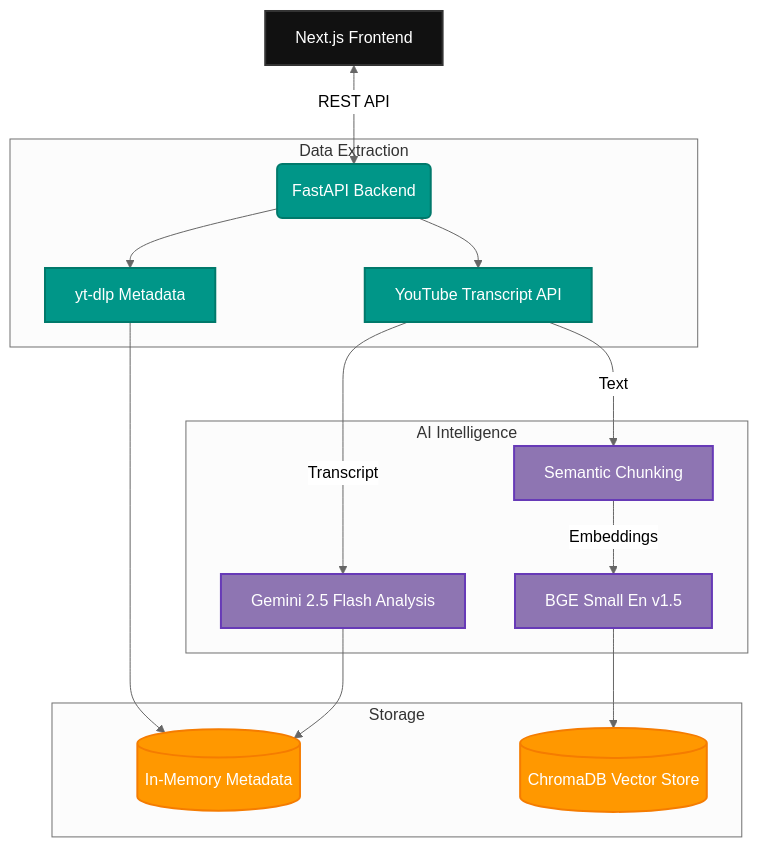
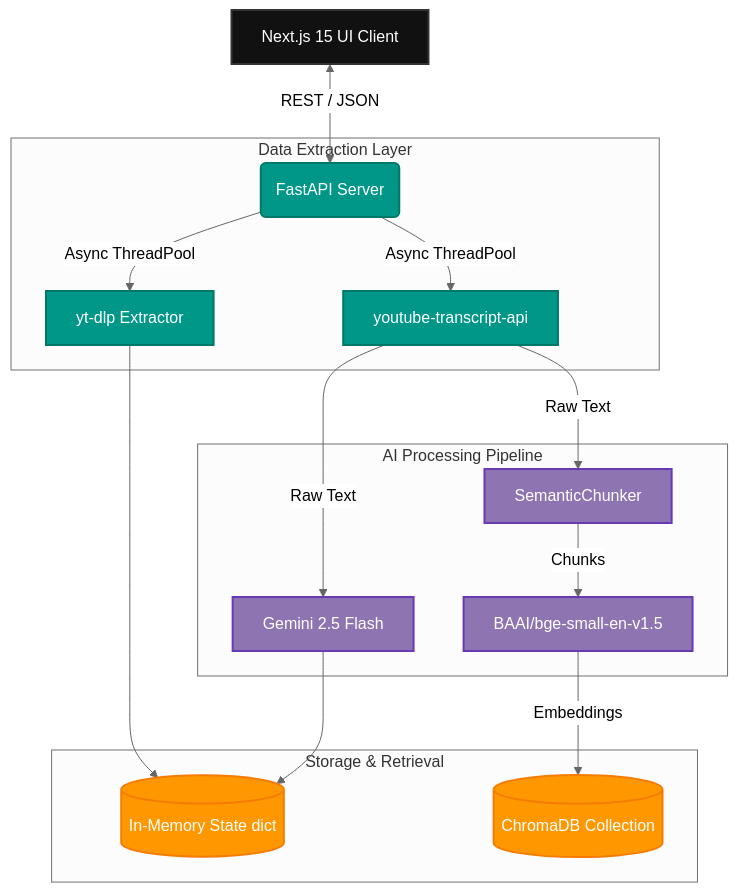
The first of 2 diagrams in README.md (vidhiomar/Agentic-VideoRAG), drawn with Mermaid (neutral theme) before and after one commit. The commit also changed other lines of this file, not shown here.

````diff
--- a/README.md
+++ b/README.md
@@ -45,26 +40,26 @@
 ```mermaid
 graph TD
     classDef frontend fill:#111,stroke:#333,stroke-width:2px,color:#fff
     classDef backend fill:#009688,stroke:#00796B,stroke-width:2px,color:#fff
     classDef ai fill:#8E75B2,stroke:#673AB7,stroke-width:2px,color:#fff
     classDef db fill:#FF9800,stroke:#F57C00,stroke-width:2px,color:#fff
 
-    A[Next.js Frontend]:::frontend <-->|REST API| B(FastAPI Backend):::backend
+    A[Next.js 15 UI Client]:::frontend <-->|REST / JSON| B(FastAPI Server):::backend
     
-    subgraph Data Extraction
-        B --> C[yt-dlp Metadata]:::backend
-        B --> D[YouTube Transcript API]:::backend
+    subgraph Data Extraction Layer
+        B -->|Async ThreadPool| C[yt-dlp Extractor]:::backend
+        B -->|Async ThreadPool| D[youtube-transcript-api]:::backend
     end
     
-    subgraph AI Intelligence
-        D -->|Transcript| E[Gemini 2.5 Flash Analysis]:::ai
-        D -->|Text| F[Semantic Chunking]:::ai
-        F -->|Embeddings| G[BGE Small En v1.5]:::ai
+    subgraph AI Processing Pipeline
+        D -->|Raw Text| E[Gemini 2.5 Flash]:::ai
+        D -->|Raw Text| F[SemanticChunker]:::ai
+        F -->|Chunks| G[BAAI/bge-small-en-v1.5]:::ai
     end
     
-    subgraph Storage
-        C --> H[(In-Memory Metadata)]:::db
+    subgraph Storage & Retrieval
+        C --> H[(In-Memory State dict)]:::db
         E --> H
-        G --> I[(ChromaDB Vector Store)]:::db
+        G -->|Embeddings| I[(ChromaDB Collection)]:::db
     end
 ```
````
